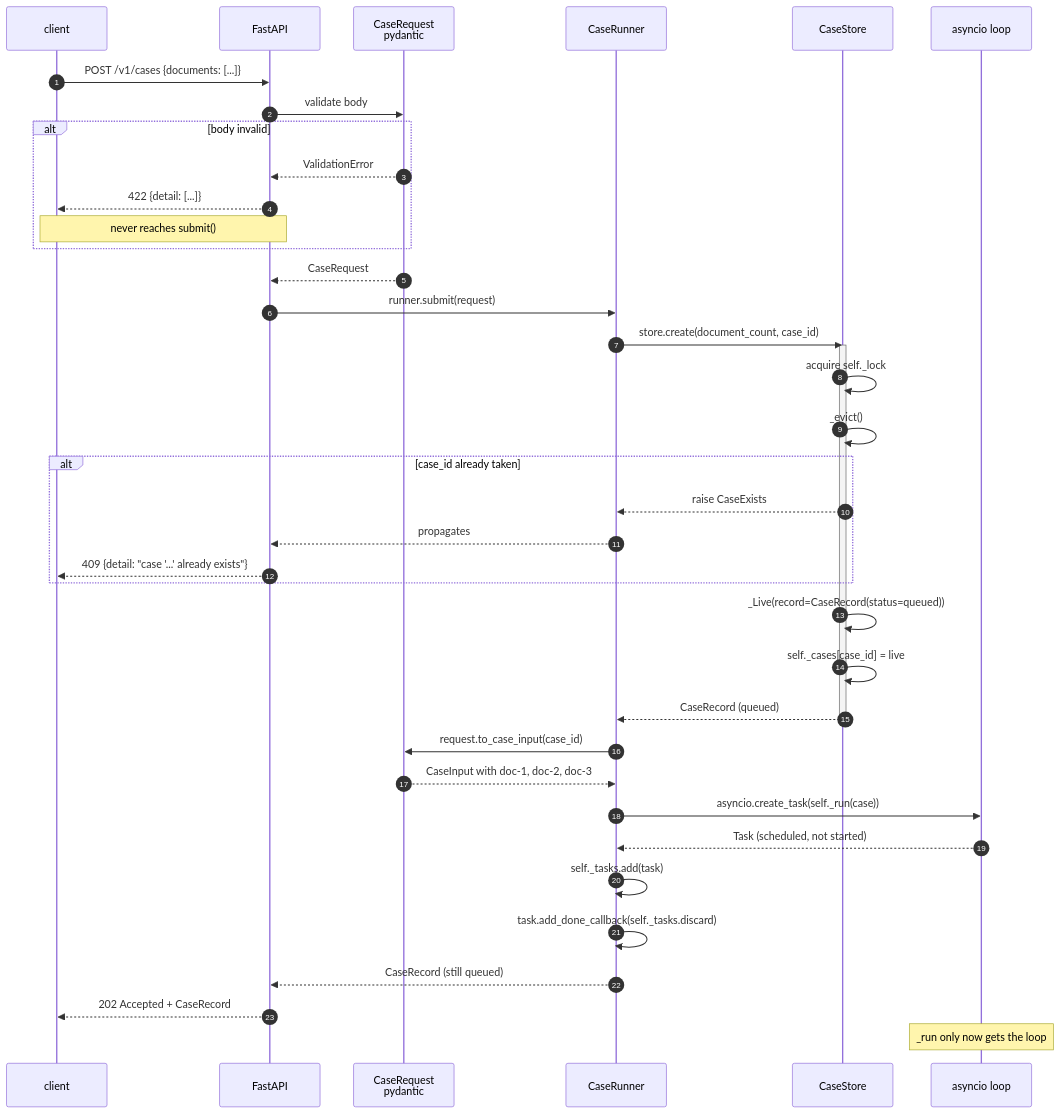
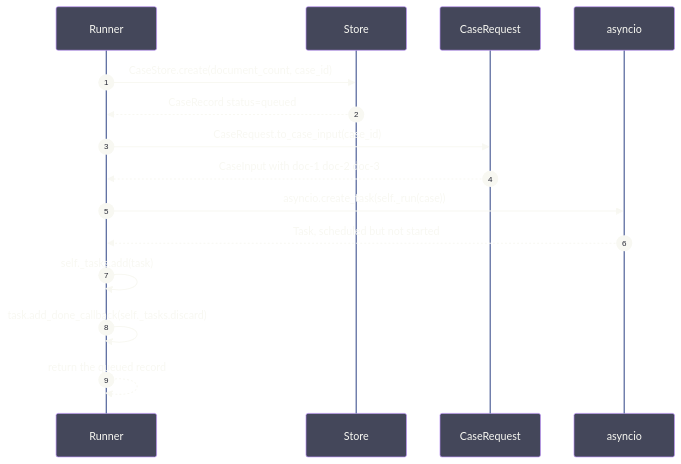
The third of 39 diagrams in API_FLOW.md (selvakumarperumal/tfd_prototype), drawn with Mermaid before and after one commit. The commit also changed other lines of this file, not shown here.

Commit message:
Update API flow documentation

````diff
--- a/API_FLOW.md
+++ b/API_FLOW.md
@@ -90,49 +146,22 @@
 ```mermaid
+%%{init:{'theme':'base','themeVariables':{'darkMode':true,'background':'#282a36','mainBkg':'#44475a','primaryColor':'#44475a','primaryTextColor':'#f8f8f2','primaryBorderColor':'#bd93f9','lineColor':'#6272a4','textColor':'#f8f8f2','nodeBorder':'#bd93f9','clusterBkg':'#21222c','clusterBorder':'#6272a4','edgeLabelBackground':'#282a36','actorBkg':'#44475a','actorBorder':'#bd93f9','actorTextColor':'#f8f8f2','actorLineColor':'#6272a4','signalColor':'#f8f8f2','signalTextColor':'#f8f8f2','noteBkgColor':'#414458','noteBorderColor':'#ffb86c','noteTextColor':'#f8f8f2','activationBkgColor':'#6272a4','activationBorderColor':'#bd93f9','labelBoxBkgColor':'#44475a','labelBoxBorderColor':'#bd93f9','labelTextColor':'#f8f8f2','loopTextColor':'#f8f8f2','sequenceNumberColor':'#282a36'}}}%%
 sequenceDiagram
     autonumber
-    participant C as client
-    participant F as FastAPI
-    participant M as CaseRequest<br/>pydantic
-    participant R as CaseRunner
-    participant S as CaseStore
-    participant L as asyncio loop
+    participant Runner
+    participant Store
+    participant Model as CaseRequest
+    participant Sched as asyncio
 
-    C->>F: POST /v1/cases {documents: [...]}
-    F->>M: validate body
+    Runner->>Store: CaseStore.create(document_count, case_id)
+    Store-->>Runner: CaseRecord status=queued
 
-    alt body invalid
-        M-->>F: ValidationError
-        F-->>C: 422 {detail: [...]}
-        Note over C,F: never reaches submit()
-    end
+    Runner->>Model: CaseRequest.to_case_input(case_id)
+    Model-->>Runner: CaseInput with doc-1 doc-2 doc-3
 
-    M-->>F: CaseRequest
-    F->>R: runner.submit(request)
+    Runner->>Sched: asyncio.create_task(self._run(case))
+    Sched-->>Runner: Task, scheduled but not started
 
-    R->>S: store.create(document_count, case_id)
-    activate S
-    S->>S: acquire self._lock
-    S->>S: _evict()
-    alt case_id already taken
-        S-->>R: raise CaseExists
-        R-->>F: propagates
-        F-->>C: 409 {detail: "case '...' already exists"}
-    end
-    S->>S: _Live(record=CaseRecord(status=queued))
-    S->>S: self._cases[case_id] = live
-    S-->>R: CaseRecord (queued)
-    deactivate S
-
-    R->>M: request.to_case_input(case_id)
-    M-->>R: CaseInput with doc-1, doc-2, doc-3
-
-    R->>L: asyncio.create_task(self._run(case))
-    L-->>R: Task (scheduled, not started)
-    R->>R: self._tasks.add(task)
-    R->>R: task.add_done_callback(self._tasks.discard)
-
-    R-->>F: CaseRecord (still queued)
-    F-->>C: 202 Accepted + CaseRecord
-
-    Note over L: _run only now gets the loop
+    Runner->>Runner: self._tasks.add(task)
+    Runner->>Runner: task.add_done_callback(self._tasks.discard)
+    Runner-->>Runner: return the queued record
 ```
````
